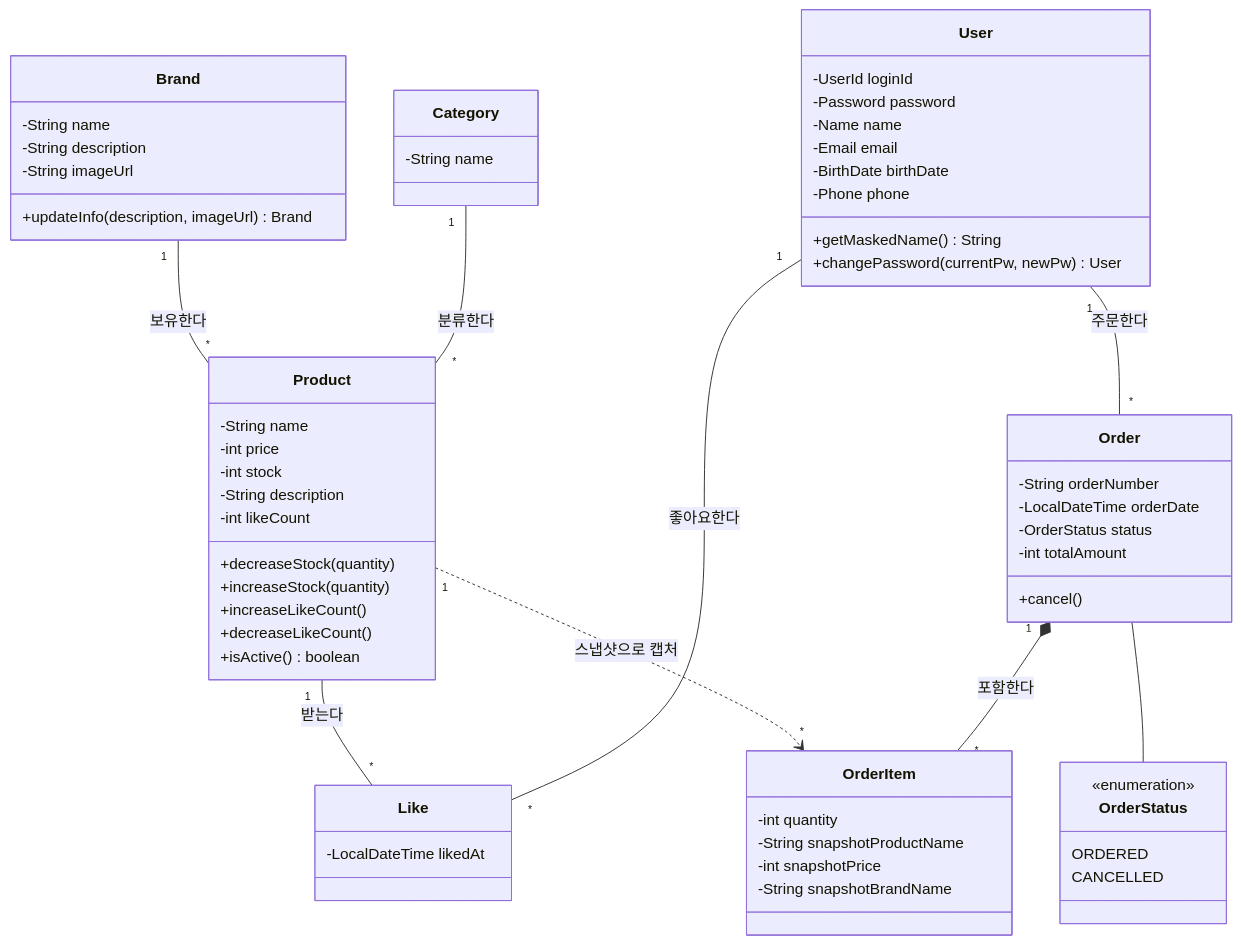
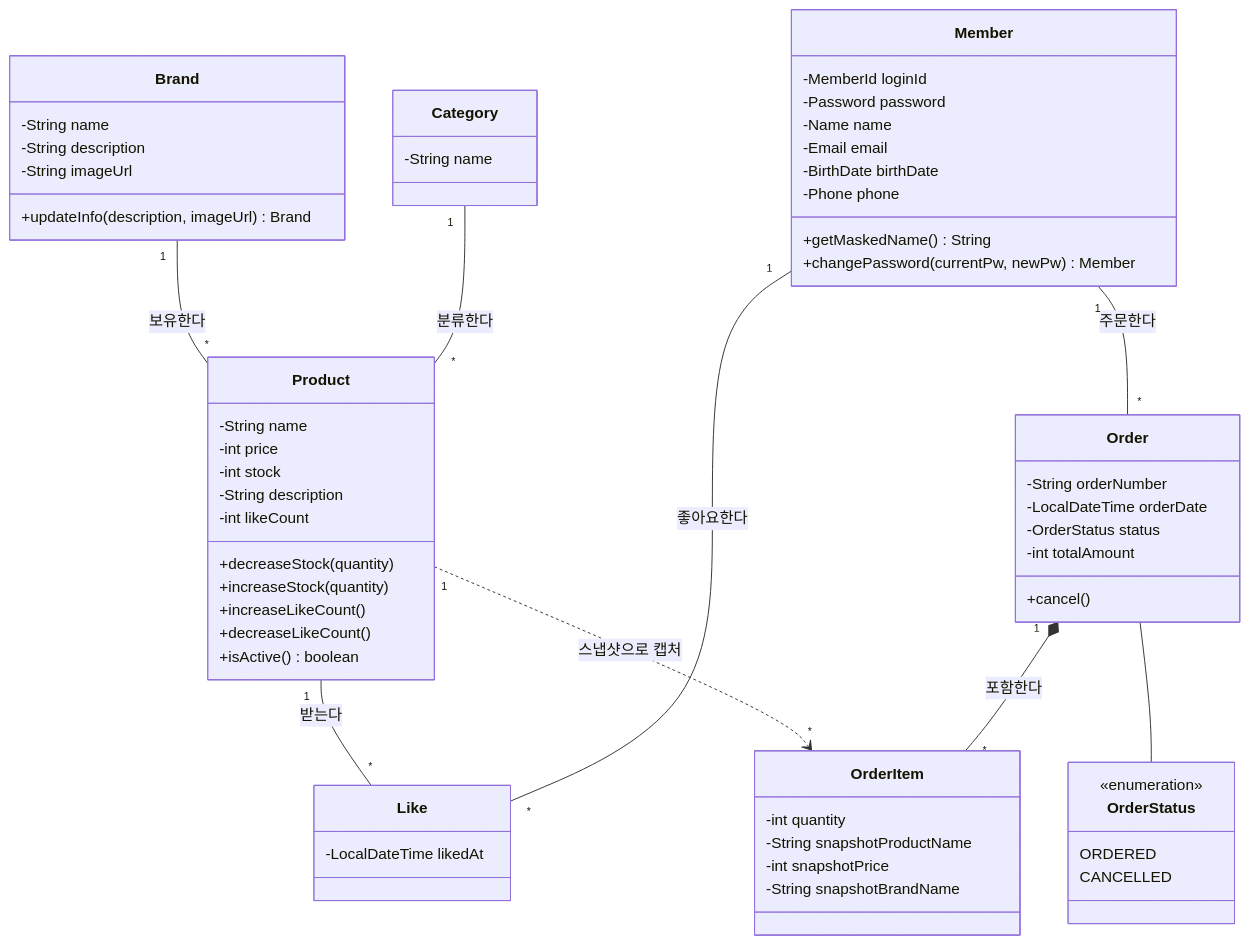
Before and after one commit to Loopers-dev-lab/loop-pack-be-l2-vol3-java: the diagram in docs/design/03-class-diagram.md, drawn with Mermaid. The commit also changed other lines of this file and 108 other files, not shown here.

First line of the commit message:
refactor: User 도메인을 Member로 리팩토링 및 Like/Category 도메인 추가

````diff
--- a/docs/design/03-class-diagram.md
+++ b/docs/design/03-class-diagram.md
@@ -7,71 +7,71 @@
 ```mermaid
 classDiagram
     class Brand {
         -String name
         -String description
         -String imageUrl
         +updateInfo(description, imageUrl) Brand
     }
 
     class Category {
         -String name
     }
 
     class Product {
         -String name
         -int price
         -int stock
         -String description
         -int likeCount
         +decreaseStock(quantity)
         +increaseStock(quantity)
         +increaseLikeCount()
         +decreaseLikeCount()
         +isActive() boolean
     }
 
     class Like {
         -LocalDateTime likedAt
     }
 
-    class User {
-        -UserId loginId
+    class Member {
+        -MemberId loginId
         -Password password
         -Name name
         -Email email
         -BirthDate birthDate
         -Phone phone
         +getMaskedName() String
-        +changePassword(currentPw, newPw) User
+        +changePassword(currentPw, newPw) Member
     }
 
     class Order {
         -String orderNumber
         -LocalDateTime orderDate
         -OrderStatus status
         -int totalAmount
         +cancel()
     }
 
     class OrderItem {
         -int quantity
         -String snapshotProductName
         -int snapshotPrice
         -String snapshotBrandName
     }
 
     class OrderStatus {
         <<enumeration>>
         ORDERED
         CANCELLED
     }
 
     Brand "1" -- "*" Product : 보유한다
     Category "1" -- "*" Product : 분류한다
     Product "1" -- "*" Like : 받는다
     Product "1" ..> "*" OrderItem : 스냅샷으로 캡처
-    User "1" -- "*" Like : 좋아요한다
-    User "1" -- "*" Order : 주문한다
+    Member "1" -- "*" Like : 좋아요한다
+    Member "1" -- "*" Order : 주문한다
     Order "1" *-- "*" OrderItem : 포함한다
     Order -- OrderStatus
 ```
````
